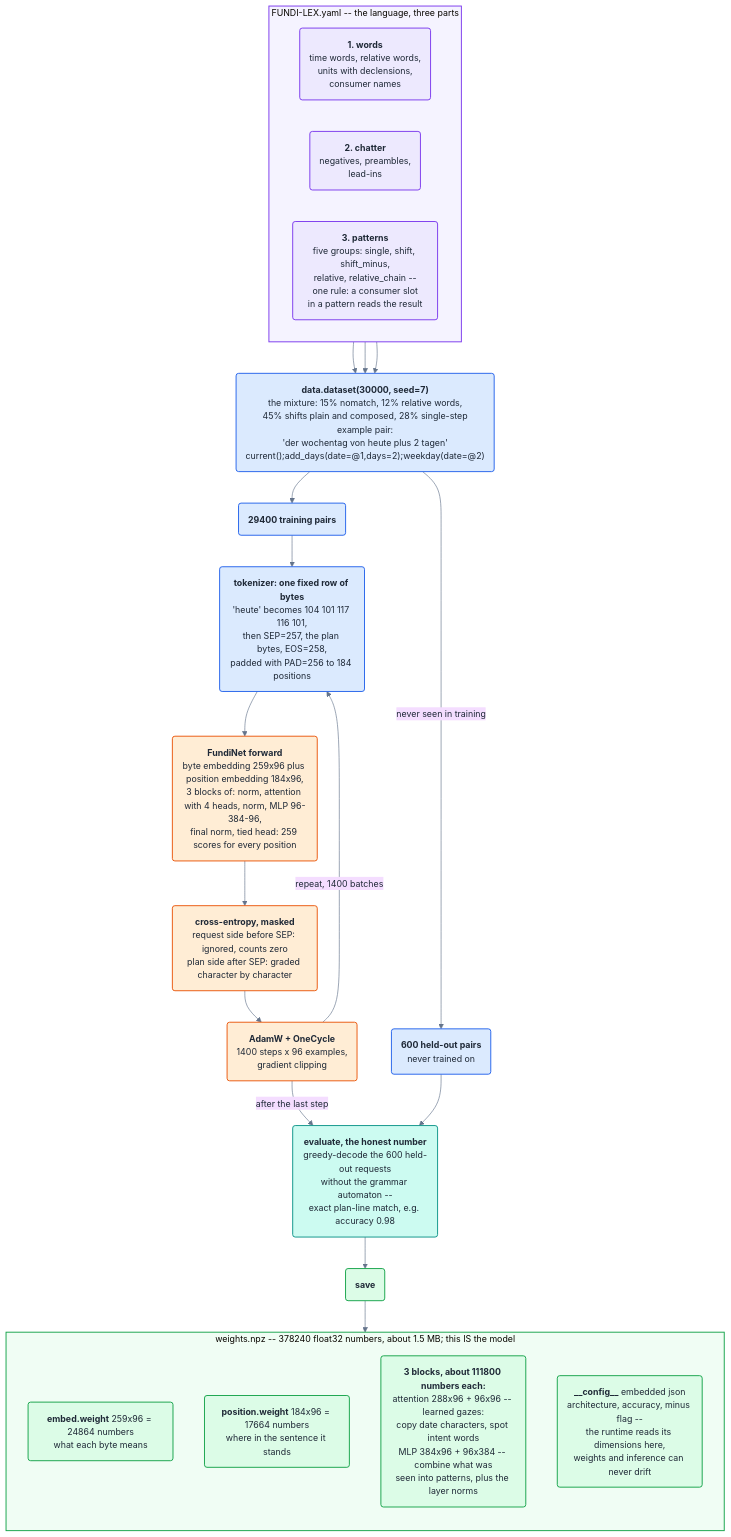
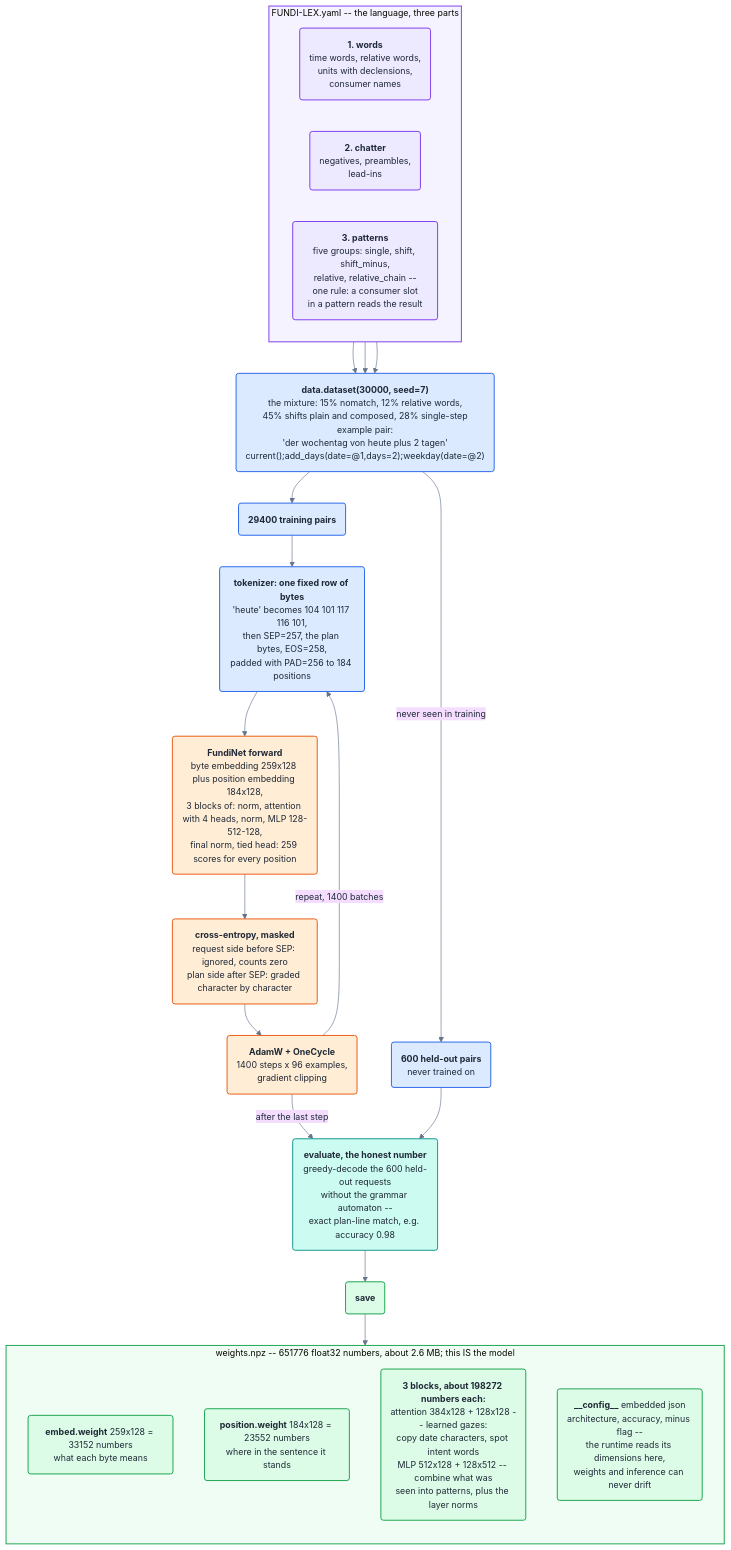
The third of 3 diagrams in tokeo/templates/generate/project/{{app_label}}/core/fundi/FUNDI-LLM.md (tokeo/tokeo), drawn with Mermaid before and after one commit. The commit also changed other lines of this file and 3 other files, not shown here.

````diff
--- a/tokeo/templates/generate/project/{{app_label}}/core/fundi/FUNDI-LLM.md
+++ b/tokeo/templates/generate/project/{{app_label}}/core/fundi/FUNDI-LLM.md
@@ -417,53 +421,53 @@
 ```mermaid
 %%{init: {"theme": "base", "themeVariables": {"primaryTextColor": "#1f2937", "lineColor": "#64748b", "fontSize": "14px"}}}%%
 flowchart TD
     subgraph LEXP["FUNDI-LEX.yaml -- the language, three parts"]
         direction LR
         LW("<b>1. words</b><br/>time words, relative words,<br/>units with declensions,<br/>consumer names")
         LC("<b>2. chatter</b><br/>negatives, preambles,<br/>lead-ins")
         LP("<b>3. patterns</b><br/>five groups: single, shift, shift_minus,<br/>relative, relative_chain --<br/>one rule: a consumer slot<br/>in a pattern reads the result")
     end
 
     GEN("<b>data.dataset(30000, seed=7)</b><br/>the mixture: 15% nomatch, 12% relative words,<br/>45% shifts plain and composed, 28% single-step<br/>example pair:<br/>'der wochentag von heute plus 2 tagen'<br/>current();add_days(date=@1,days=2);weekday(date=@2)")
     HELD("<b>600 held-out pairs</b><br/>never trained on")
     TRAIN("<b>29400 training pairs</b>")
     TOK("<b>tokenizer: one fixed row of bytes</b><br/>'heute' becomes 104 101 117 116 101,<br/>then SEP=257, the plan bytes, EOS=258,<br/>padded with PAD=256 to 184 positions")
-    NET("<b>FundiNet forward</b><br/>byte embedding 259x96 plus position embedding 184x96,<br/>3 blocks of: norm, attention with 4 heads, norm, MLP 96-384-96,<br/>final norm, tied head: 259 scores for every position")
+    NET("<b>FundiNet forward</b><br/>byte embedding 259x128 plus position embedding 184x128,<br/>3 blocks of: norm, attention with 4 heads, norm, MLP 128-512-128,<br/>final norm, tied head: 259 scores for every position")
     LOSS("<b>cross-entropy, masked</b><br/>request side before SEP: ignored, counts zero<br/>plan side after SEP: graded character by character")
     OPT("<b>AdamW + OneCycle</b><br/>1400 steps x 96 examples,<br/>gradient clipping")
     EVAL("<b>evaluate, the honest number</b><br/>greedy-decode the 600 held-out requests<br/>without the grammar automaton --<br/>exact plan-line match, e.g. accuracy 0.98")
     SAVE("<b>save</b>")
 
     LW --> GEN
     LC --> GEN
     LP --> GEN
     GEN -->|"never seen in training"| HELD
     GEN --> TRAIN
     TRAIN --> TOK --> NET --> LOSS --> OPT
     OPT -->|"repeat, 1400 batches"| TOK
     OPT -->|"after the last step"| EVAL
     HELD --> EVAL
     EVAL --> SAVE
 
-    subgraph NPZ["weights.npz -- 378240 float32 numbers, about 1.5 MB; this IS the model"]
+    subgraph NPZ["weights.npz -- 651776 float32 numbers, about 2.6 MB; this IS the model"]
         direction TB
-        W1("<b>embed.weight</b> 259x96 = 24864 numbers<br/>what each byte means")
-        W2("<b>position.weight</b> 184x96 = 17664 numbers<br/>where in the sentence it stands")
-        W3("<b>3 blocks, about 111800 numbers each:</b><br/>attention 288x96 + 96x96 -- learned gazes:<br/>copy date characters, spot intent words<br/>MLP 384x96 + 96x384 -- combine what was<br/>seen into patterns, plus the layer norms")
+        W1("<b>embed.weight</b> 259x128 = 33152 numbers<br/>what each byte means")
+        W2("<b>position.weight</b> 184x128 = 23552 numbers<br/>where in the sentence it stands")
+        W3("<b>3 blocks, about 198272 numbers each:</b><br/>attention 384x128 + 128x128 -- learned gazes:<br/>copy date characters, spot intent words<br/>MLP 512x128 + 128x512 -- combine what was<br/>seen into patterns, plus the layer norms")
         W4("<b>__config__</b> embedded json<br/>architecture, accuracy, minus flag --<br/>the runtime reads its dimensions here,<br/>weights and inference can never drift")
     end
     SAVE --> NPZ
 
     classDef lang fill:#ede9fe,stroke:#7c3aed,stroke-width:1.5px,color:#1f2937,rx:4px,ry:4px
     classDef data fill:#dbeafe,stroke:#2563eb,stroke-width:1.5px,color:#1f2937,rx:4px,ry:4px
     classDef train fill:#ffedd5,stroke:#ea580c,stroke-width:1.5px,color:#1f2937,rx:4px,ry:4px
     classDef eval fill:#ccfbf1,stroke:#0d9488,stroke-width:1.5px,color:#1f2937,rx:4px,ry:4px
     classDef out fill:#dcfce7,stroke:#16a34a,stroke-width:1.5px,color:#1f2937,rx:4px,ry:4px
     class LW,LC,LP lang
     class GEN,HELD,TRAIN,TOK data
     class NET,LOSS,OPT train
     class EVAL eval
     class SAVE,W1,W2,W3,W4 out
     style LEXP fill:#f5f3ff,stroke:#7c3aed,stroke-width:1.5px
     style NPZ fill:#f0fdf4,stroke:#16a34a,stroke-width:1.5px
 ```
````
